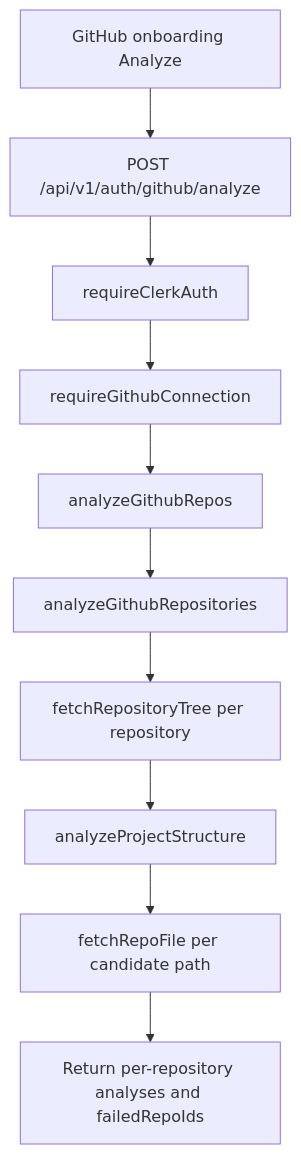
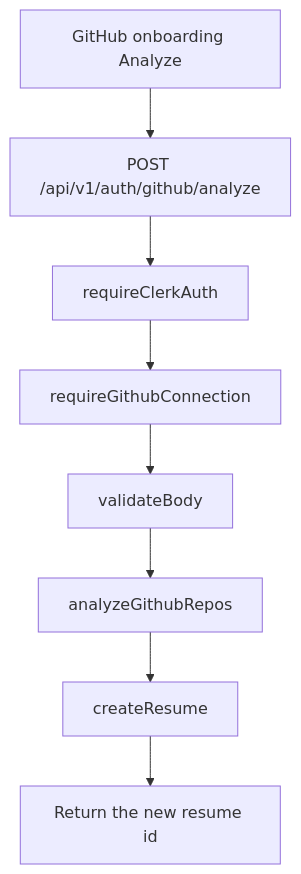
One commit to myusubov/tailorcv changed the first of 2 diagrams in docs/architecture/github-analysis/pipeline/README.md. Above: the diagram before and after it, drawn with Mermaid. The commit also changed other lines of this file and 62 other files, not shown here.

First line of the commit message:
feat(onboarding): create first resume on Analyze

````diff
--- a/docs/architecture/github-analysis/pipeline/README.md
+++ b/docs/architecture/github-analysis/pipeline/README.md
@@ -57,12 +61,10 @@
 ```mermaid
 flowchart TD
   FE[GitHub onboarding Analyze] --> Route[POST /api/v1/auth/github/analyze]
   Route --> Clerk[requireClerkAuth]
   Clerk --> GitHubAuth[requireGithubConnection]
-  GitHubAuth --> Controller[analyzeGithubRepos]
-  Controller --> Service[analyzeGithubRepositories]
-  Service --> Tree[fetchRepositoryTree per repository]
-  Tree --> Analyzer[analyzeProjectStructure]
-  Analyzer --> Files[fetchRepoFile per candidate path]
-  Files --> Response[Return per-repository analyses and failedRepoIds]
+  GitHubAuth --> Validate[validateBody]
+  Validate --> Controller[analyzeGithubRepos]
+  Controller --> Service[createResume]
+  Service --> Response[Return the new resume id]
 ```
````
